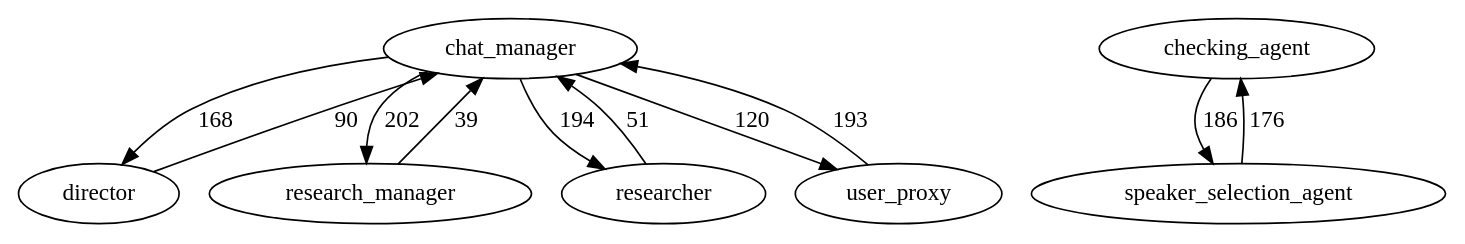
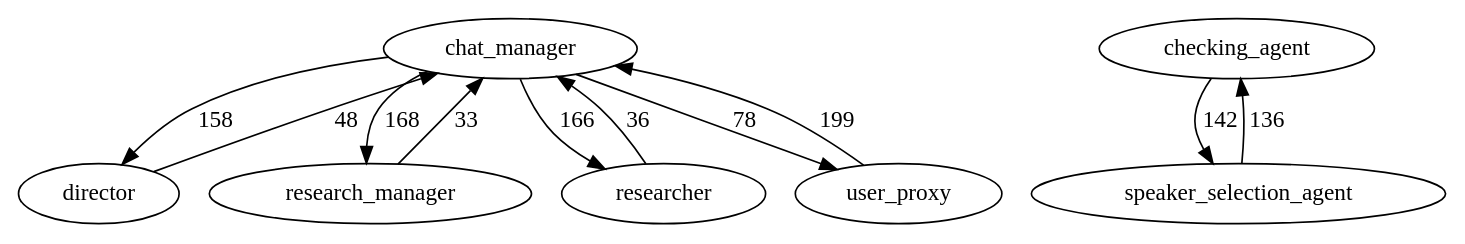
Before and after one commit to BzhH7/MASentinel: the diagram in outputs/system2_research_agents/trace_graph.dot, drawn with Graphviz. The commit also changed 467 other files, not shown here.

```diff
--- a/outputs/system2_research_agents/trace_graph.dot
+++ b/outputs/system2_research_agents/trace_graph.dot
@@ -1,19 +1,19 @@
 digraph MASentinelTrace {
   "chat_manager" [shape=ellipse];
   "checking_agent" [shape=ellipse];
   "director" [shape=ellipse];
   "research_manager" [shape=ellipse];
   "researcher" [shape=ellipse];
   "speaker_selection_agent" [shape=ellipse];
   "user_proxy" [shape=ellipse];
-  "chat_manager" -> "director" [label="168"];
-  "chat_manager" -> "research_manager" [label="202"];
-  "chat_manager" -> "researcher" [label="194"];
-  "chat_manager" -> "user_proxy" [label="120"];
-  "checking_agent" -> "speaker_selection_agent" [label="186"];
-  "director" -> "chat_manager" [label="90"];
-  "research_manager" -> "chat_manager" [label="39"];
-  "researcher" -> "chat_manager" [label="51"];
-  "speaker_selection_agent" -> "checking_agent" [label="176"];
-  "user_proxy" -> "chat_manager" [label="193"];
+  "chat_manager" -> "director" [label="158"];
+  "chat_manager" -> "research_manager" [label="168"];
+  "chat_manager" -> "researcher" [label="166"];
+  "chat_manager" -> "user_proxy" [label="78"];
+  "checking_agent" -> "speaker_selection_agent" [label="142"];
+  "director" -> "chat_manager" [label="48"];
+  "research_manager" -> "chat_manager" [label="33"];
+  "researcher" -> "chat_manager" [label="36"];
+  "speaker_selection_agent" -> "checking_agent" [label="136"];
+  "user_proxy" -> "chat_manager" [label="199"];
 }
```
